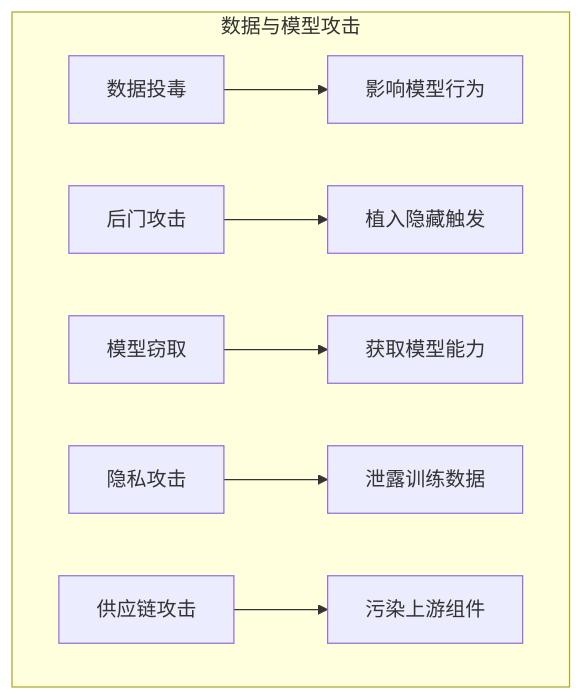
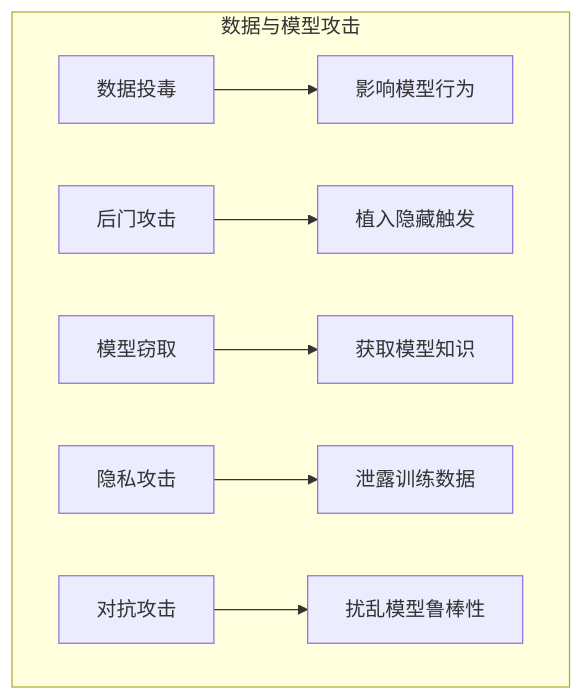
Before and after one commit to yeasy/ai_security_guide: the diagram in 06_data_model_attacks/summary.md, drawn with Mermaid. The commit also changed other lines of this file and 19 other files, not shown here.

````diff
--- a/06_data_model_attacks/summary.md
+++ b/06_data_model_attacks/summary.md
@@ -19,10 +19,10 @@
 ```mermaid
 graph TB
     subgraph "数据与模型攻击"
     A["数据投毒"] --> E["影响模型行为"]
     B["后门攻击"] --> F["植入隐藏触发"]
-    C["模型窃取"] --> G["获取模型能力"]
+    C["模型窃取"] --> G["获取模型知识"]
     D["隐私攻击"] --> H["泄露训练数据"]
-    I["供应链攻击"] --> J["污染上游组件"]
+    I["对抗攻击"] --> J["扰乱模型鲁棒性"]
     end
 ```
````
